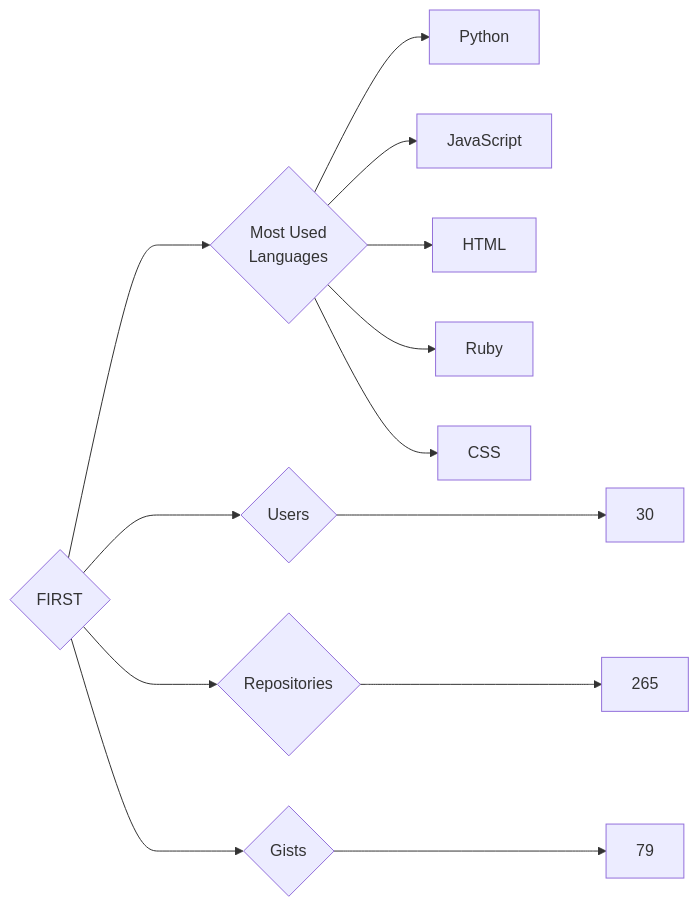
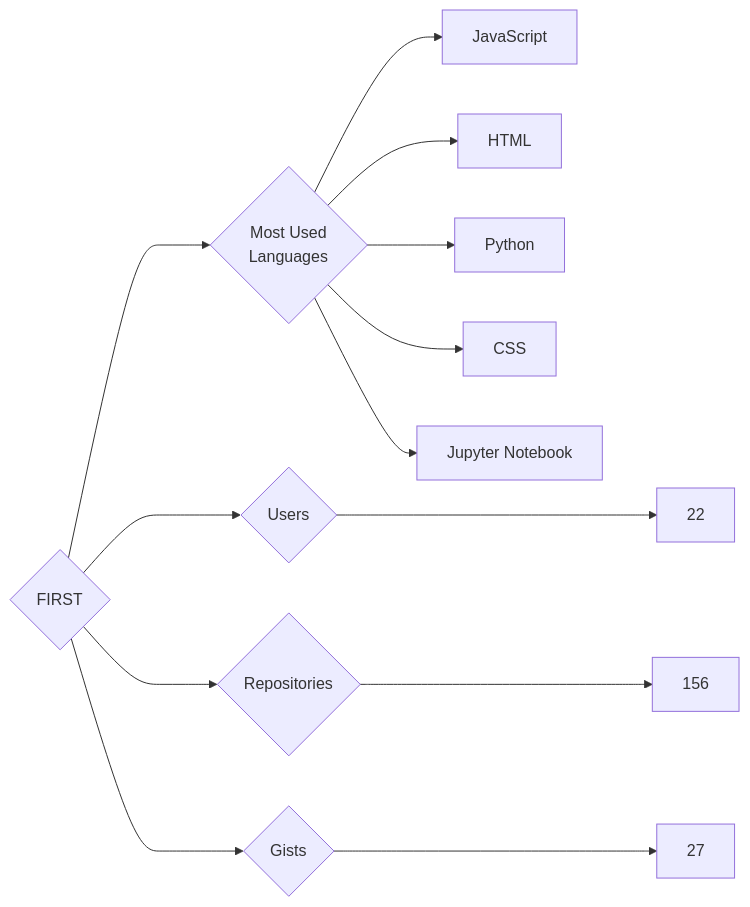
The diagram in targets/FIRST/README.md (trickest/insiders), drawn with Mermaid before and after one commit. The commit also changed 699 other files, not shown here.

````diff
--- a/targets/FIRST/README.md
+++ b/targets/FIRST/README.md
@@ -3,13 +3,13 @@
 ```mermaid
 graph LR
 COMPANY_NAME{FIRST}
-COMPANY_NAME ---> U{Users} ---> UN[30]
-COMPANY_NAME ---> R{Repositories} ---> RN[265]
-COMPANY_NAME ---> G{Gists} ---> GN[79]
+COMPANY_NAME ---> U{Users} ---> UN[22]
+COMPANY_NAME ---> R{Repositories} ---> RN[156]
+COMPANY_NAME ---> G{Gists} ---> GN[27]
 COMPANY_NAME ---> ML{Most Used<br>Languages}
-ML --> Python[Python]
 ML --> JavaScript[JavaScript]
 ML --> HTML[HTML]
-ML --> Ruby[Ruby]
+ML --> Python[Python]
 ML --> CSS[CSS]
+ML --> Jupyter_Notebook[Jupyter Notebook]
 ```
````
